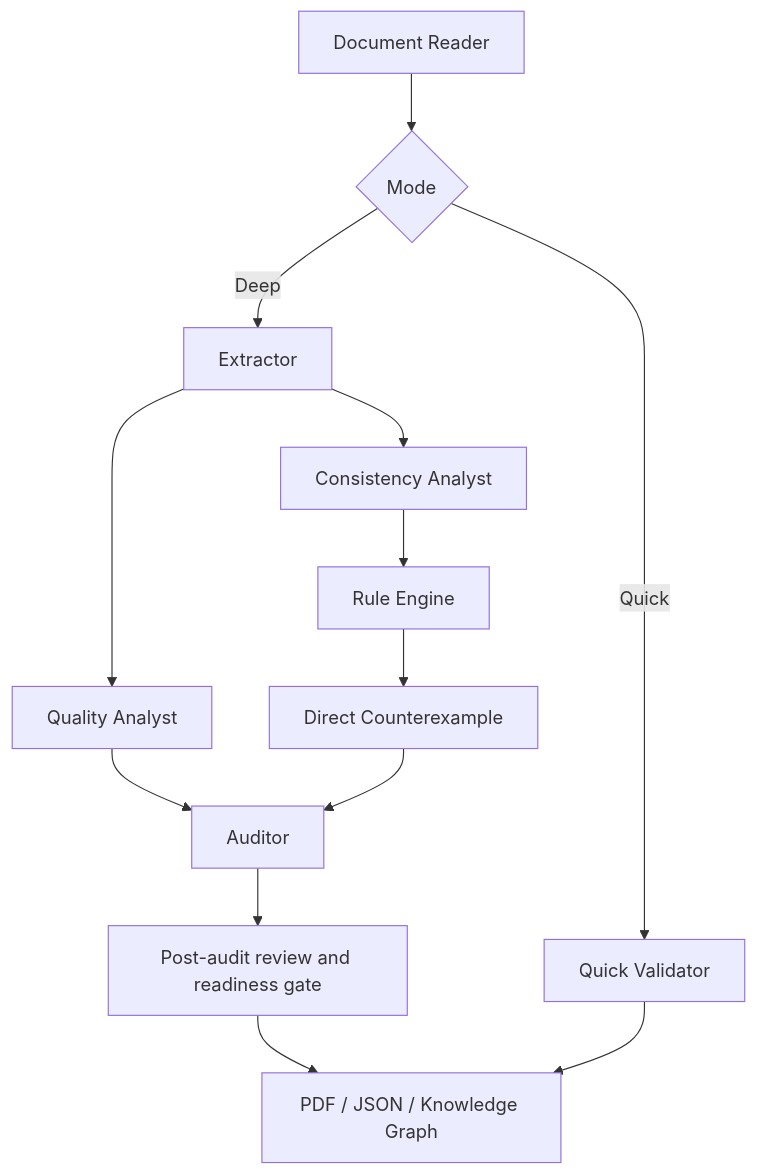
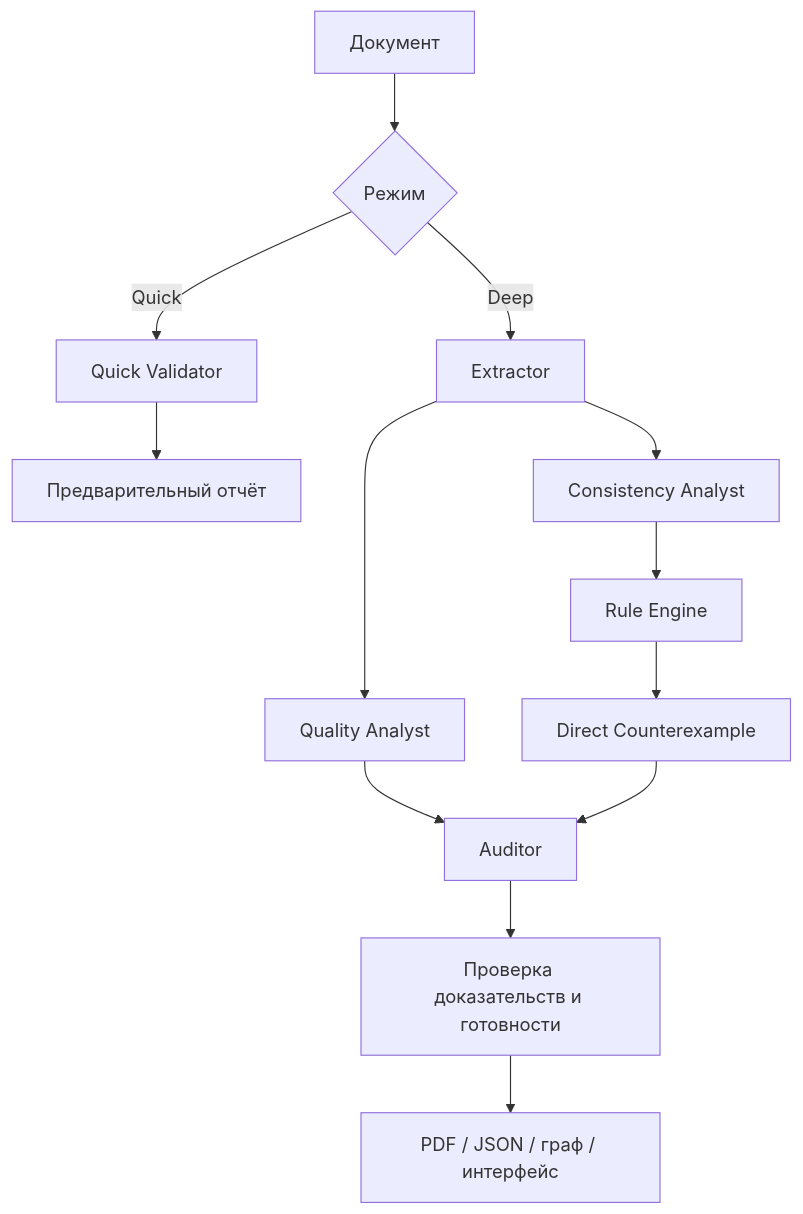
Before and after one commit to erv1y/hackathon_mnu_bcc: the diagram in README.md, drawn with Mermaid. The commit also changed other lines of this file, not shown here.

````diff
--- a/README.md
+++ b/README.md
@@ -57,15 +131,15 @@
 ```mermaid
 flowchart TD
-    A[Document Reader] --> B{Mode}
-    B -->|Quick| Q[Quick Validator]
-    B -->|Deep| E[Extractor]
-    E --> QA[Quality Analyst]
-    E --> CA[Consistency Analyst]
-    CA --> R[Rule Engine]
-    R --> C[Direct Counterexample]
-    QA --> AU[Auditor]
-    C --> AU
-    AU --> F[Post-audit review and readiness gate]
-    F --> OUT[PDF / JSON / Knowledge Graph]
-    Q --> OUT
+    D["Документ"] --> M{"Режим"}
+    M -->|Quick| Q["Quick Validator"]
+    M -->|Deep| E["Extractor"]
+    E --> QA["Quality Analyst"]
+    E --> CA["Consistency Analyst"]
+    CA --> R["Rule Engine"]
+    R --> C["Direct Counterexample"]
+    QA --> A["Auditor"]
+    C --> A
+    A --> V["Проверка доказательств и готовности"]
+    V --> O["PDF / JSON / граф / интерфейс"]
+    Q --> P["Предварительный отчёт"]
 ```
````
